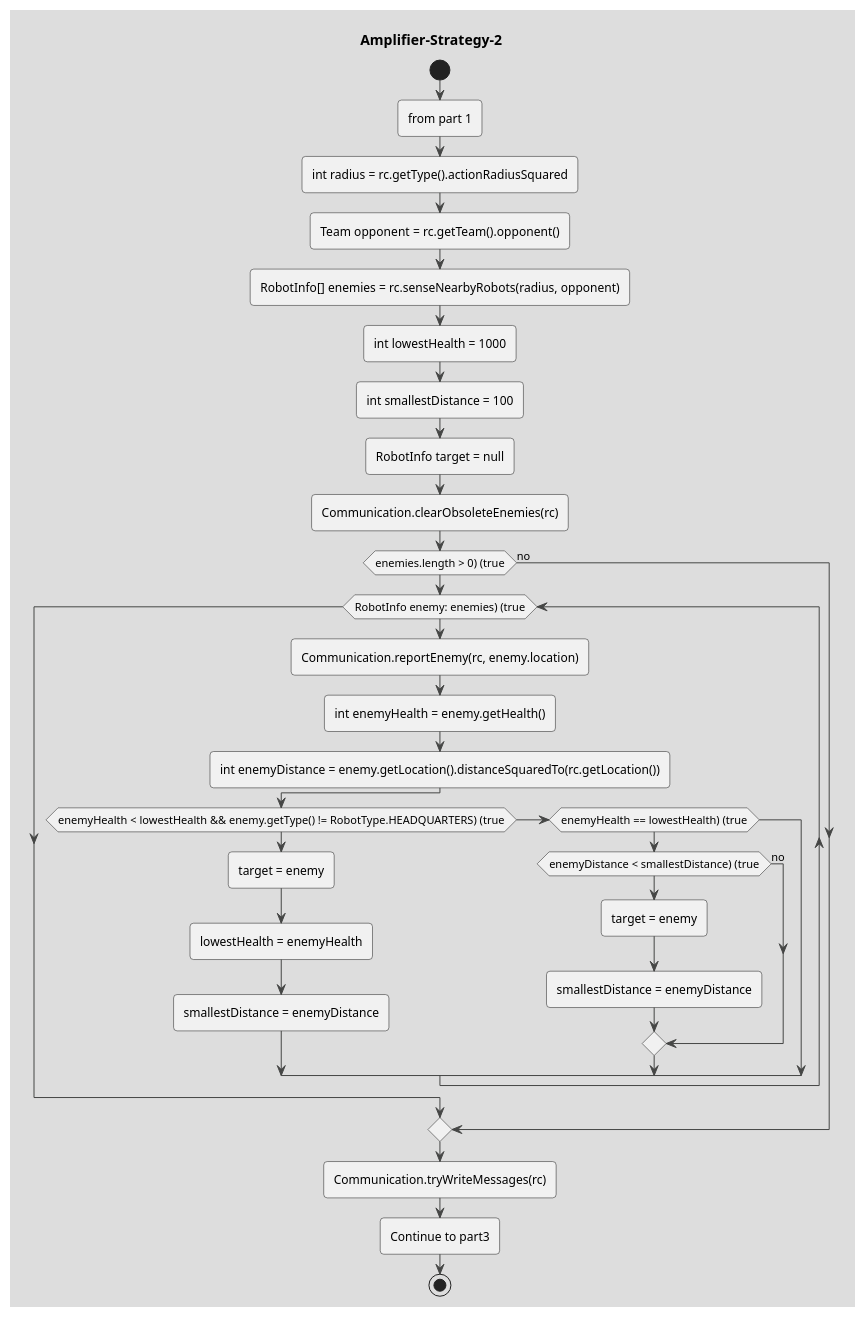
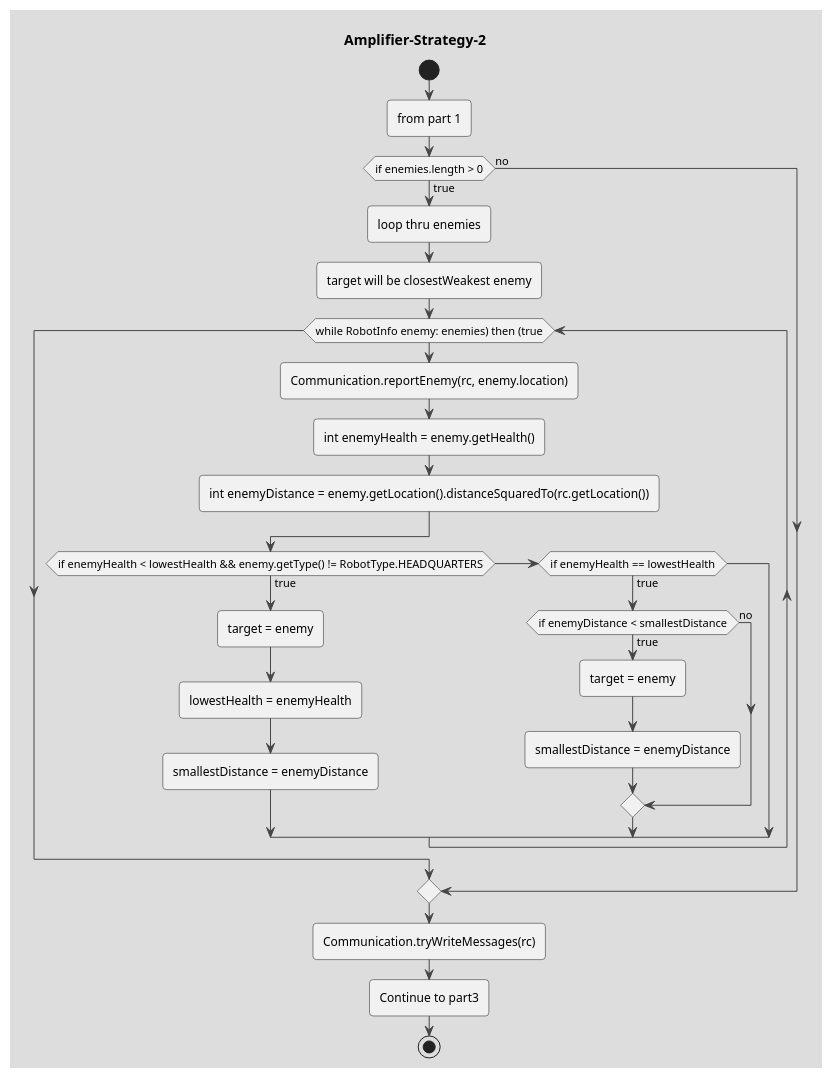
The diagram in drawings/Amplifier-Strategy-2.puml (coding-to-music/plantuml-diagram-examples), drawn with PlantUML before and after one commit. The commit also changed other lines of this file and 2 other files, not shown here.

```diff
--- a/drawings/Amplifier-Strategy-2.puml
+++ b/drawings/Amplifier-Strategy-2.puml
@@ -1,85 +1,42 @@
 @startuml Amplifier-Strategy-2
 !theme toy 
 title Amplifier-Strategy-2
 start
 
 :from part 1; 
 
 ' // Amplifiers want to avoid getting attacked, just loiter and sense other robots
-:int radius = rc.getType().actionRadiusSquared;
-:Team opponent = rc.getTeam().opponent();
-:RobotInfo[] enemies = rc.senseNearbyRobots(radius, opponent);
-:int lowestHealth = 1000;
-:int smallestDistance = 100;
-:RobotInfo target = null;
-
-:Communication.clearObsoleteEnemies(rc);
-if (enemies.length > 0) (true)
-    while (RobotInfo enemy: enemies) (true)
+' :int radius = rc.getType().actionRadiusSquared;
+' :Team opponent = rc.getTeam().opponent();
+' :RobotInfo[] enemies = rc.senseNearbyRobots(radius, opponent);
+' :int lowestHealth = 1000;
+' :int smallestDistance = 100;
+' :RobotInfo target = null;
+' :Communication.clearObsoleteEnemies(rc);
+if (if enemies.length > 0) then (true)
+    :loop thru enemies;
+    :target will be closestWeakest enemy;
+    while (while RobotInfo enemy: enemies) then (true)
         :Communication.reportEnemy(rc, enemy.location);
         :int enemyHealth = enemy.getHealth();
         :int enemyDistance = enemy.getLocation().distanceSquaredTo(rc.getLocation());
-        if (enemyHealth < lowestHealth && enemy.getType() != RobotType.HEADQUARTERS) (true)
+        if (if enemyHealth < lowestHealth && enemy.getType() != RobotType.HEADQUARTERS) then (true)
             :target = enemy;
             :lowestHealth = enemyHealth;
             :smallestDistance = enemyDistance;
-        else if (enemyHealth == lowestHealth) (true)
-            if (enemyDistance < smallestDistance) (true)
+        else if (if enemyHealth == lowestHealth) then (true)
+            if (if enemyDistance < smallestDistance) then (true)
                 :target = enemy;
                 :smallestDistance = enemyDistance;
             else (no)
             endif    
         endif
     endwhile
 else (no)
 endif    
 
-
 :Communication.tryWriteMessages(rc);
-' if (target != null) (true)
-'     if (rc.canAttack(target.getLocation())) {
-'         :rc.attack(target.getLocation());
-'         :rc.setIndicatorString(" AAAA0 Amplifier attacking " + target.getLocation());
-'     else (no)
-'     endif    
-'     :Pathing.moveTowards(rc, target.getLocation());
-'     :rc.setIndicatorString(" BBBB0 Pathing.moveTowards " + target.getLocation());
-' else (no)
-'     :RobotInfo[] allies = rc.senseNearbyRobots(9, rc.getTeam());
-'     :int lowestID = rc.getID();
-'     :MapLocation leaderPos = null;
-'     while (RobotInfo ally : allies)
-'         if (ally.getType() != RobotType.LAUNCHER)
-'             :continue;
-'         else (no)
-'         endif    
-'         if (ally.getID() < lowestID){
-'             :lowestID = ally.getID();
-'             :leaderPos = ally.getLocation();
-'         else (no)
-'         endif    
-'     endwhile
-'     if (leaderPos != null) (true)
-'         :Pathing.moveTowards(rc, leaderPos);
-'         :rc.setIndicatorString("Following " + lowestID);
-'     }
-'     else (no)
-'         :MapLocation center = new MapLocation(rc.getMapWidth()/2, rc.getMapHeight()/2);
-'         ' // MapLocation center = goalLoc;
-'         :Pathing.moveTowards(rc, center);
-'         :rc.setIndicatorString("I'm the leader! moving toward center " + center);
-'     endif    
-' endif    
-' // Also try to move randomly.
-' :Direction dir = RobotPlayer.directions[RobotPlayer.rng.nextInt(RobotPlayer.directions.length)];
-' if (rc.canMove(dir)) (true)
-'     :rc.move(dir);
-'     :rc.setIndicatorString(" YYYY0 rc.move(dir) " + dir);
-'     else (no)
-'     endif    
-' else (no)
-' endif    
 
 :Continue to part3; 
 stop
 @enduml
```
